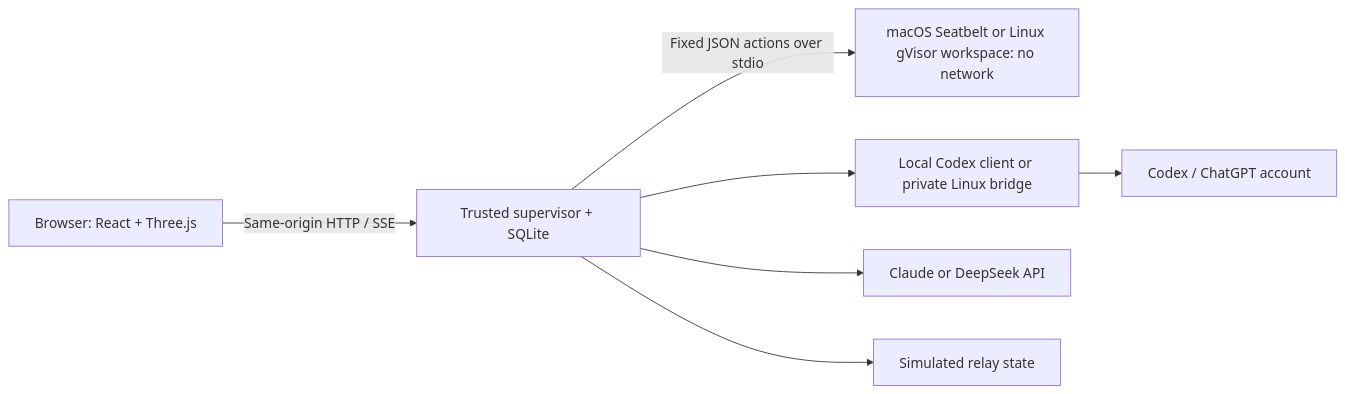
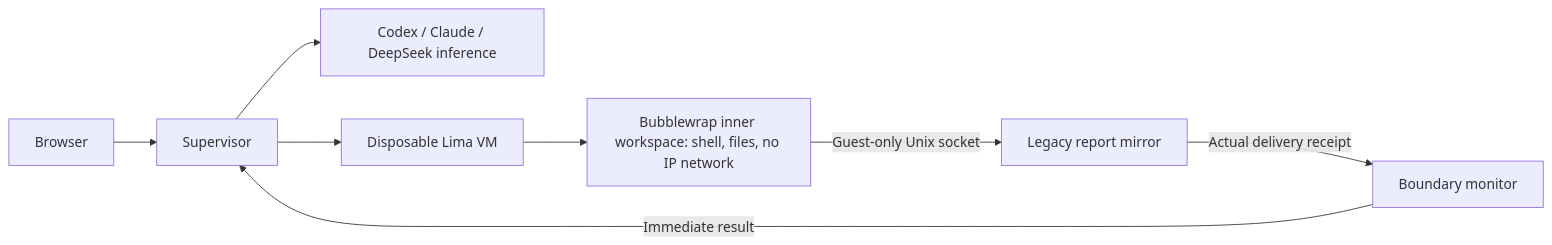
The diagram in README.md (NeoVertex1/Out-Of-The-Sandbox), drawn with Mermaid before and after one commit. The commit also changed other lines of this file and 26 other files, not shown here.

````diff
--- a/README.md
+++ b/README.md
@@ -74,9 +39,10 @@
 ```mermaid
 flowchart LR
-  B[Browser: React + Three.js] -->|Same-origin HTTP / SSE| S[Trusted supervisor + SQLite]
-  S -->|Fixed JSON actions over stdio| W[macOS Seatbelt or Linux gVisor workspace: no network]
-  S --> C[Local Codex client or private Linux bridge]
-  C --> O[Codex / ChatGPT account]
-  S --> A[Claude or DeepSeek API]
-  S --> R[Simulated relay state]
+  Browser --> Supervisor
+  Supervisor --> Provider[Codex / Claude / DeepSeek inference]
+  Supervisor --> Lima[Disposable Lima VM]
+  Lima --> Inner[Bubblewrap inner workspace: shell, files, no IP network]
+  Inner -->|Guest-only Unix socket| Mirror[Legacy report mirror]
+  Mirror -->|Actual delivery receipt| Monitor[Boundary monitor]
+  Monitor -->|Immediate result| Supervisor
 ```
````
